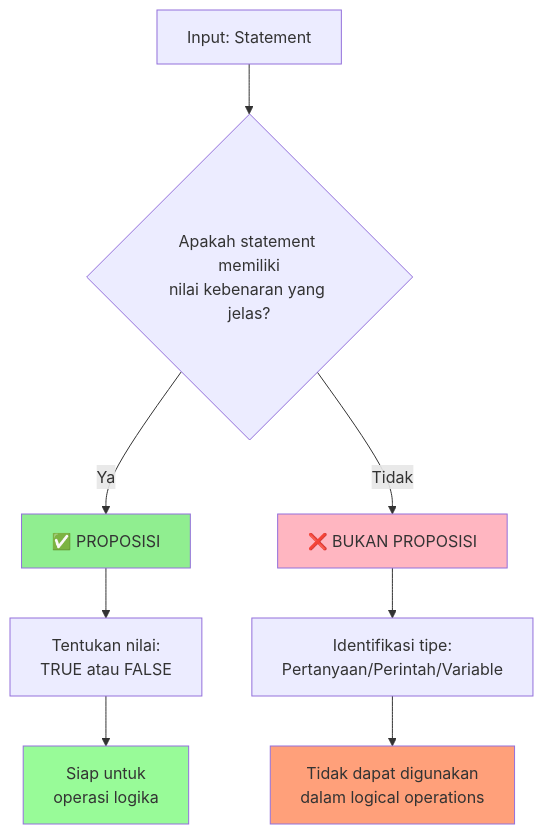
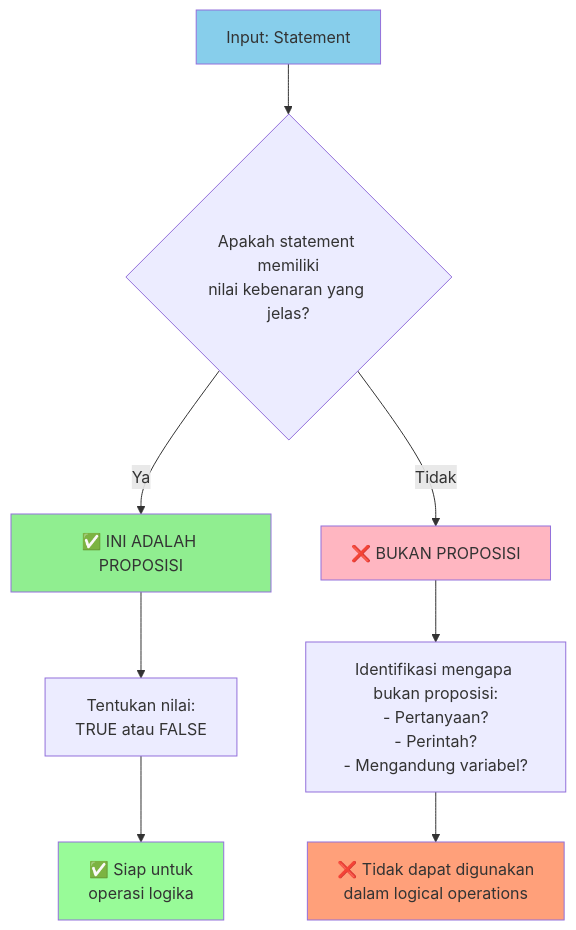
Before and after one commit to antonprafanto/logikamatematika: the first of 5 diagrams in pertemuan2.md, drawn with Mermaid. The commit also changed other lines of this file, not shown here.

````diff
--- a/pertemuan2.md
+++ b/pertemuan2.md
@@ -88,17 +102,18 @@
 ```mermaid
 flowchart TD
     A[Input: Statement] --> B{Apakah statement memiliki<br/>nilai kebenaran yang jelas?}
-    B -->|Ya| C[✅ PROPOSISI]
+    B -->|Ya| C[✅ INI ADALAH PROPOSISI]
     B -->|Tidak| D[❌ BUKAN PROPOSISI]
     
     C --> E[Tentukan nilai:<br/>TRUE atau FALSE]
-    D --> F[Identifikasi tipe:<br/>Pertanyaan/Perintah/Variable]
+    D --> F[Identifikasi mengapa bukan proposisi:<br/>- Pertanyaan?<br/>- Perintah?<br/>- Mengandung variabel?]
     
-    E --> G[Siap untuk<br/>operasi logika]
-    F --> H[Tidak dapat digunakan<br/>dalam logical operations]
+    E --> G[✅ Siap untuk<br/>operasi logika]
+    F --> H[❌ Tidak dapat digunakan<br/>dalam logical operations]
     
     style C fill:#90EE90
     style D fill:#FFB6C1
     style G fill:#98FB98
     style H fill:#FFA07A
+    style A fill:#87CEEB
 ```
````
